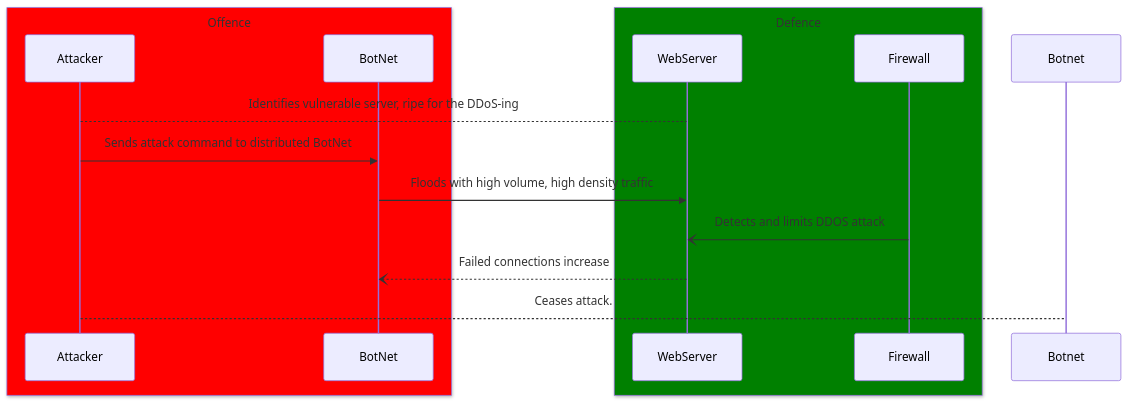
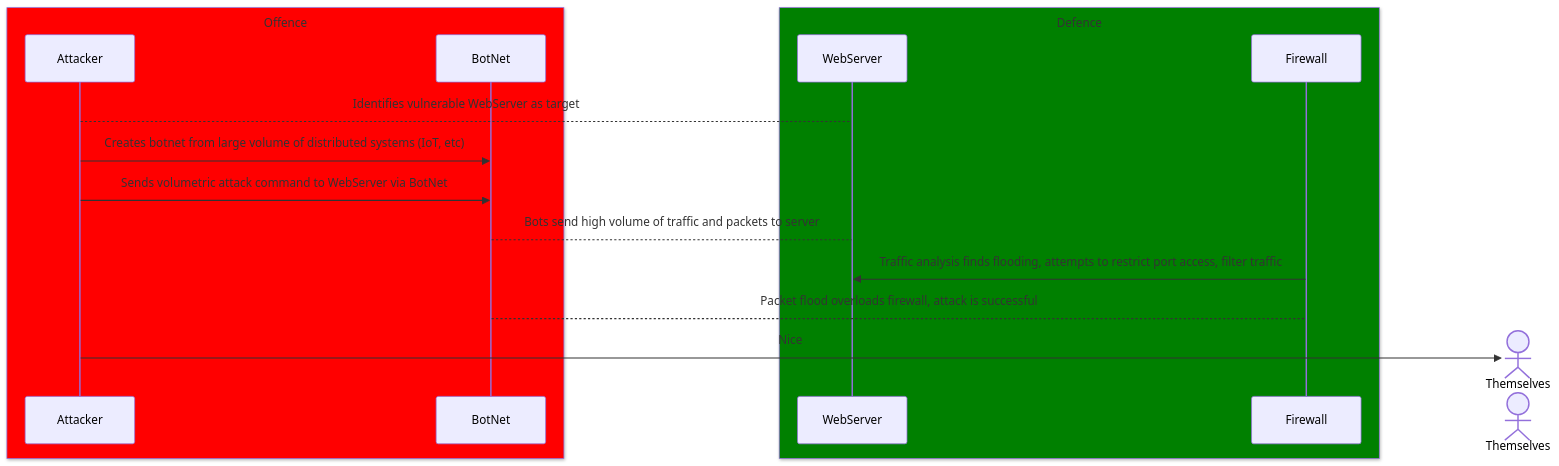
Before and after one commit to PGraggWaketech/DDoS-Mermaid-Project-PaytonG: the diagram in DDoS_Attack_Sequence.md, drawn with Mermaid.

Commit message:
Update DDoS_Attack_Sequence completion and markdown

````diff
--- a/DDoS_Attack_Sequence.md
+++ b/DDoS_Attack_Sequence.md
@@ -1,18 +1,21 @@
 ```mermaid
 sequenceDiagram
 box Red Offence
 participant Attacker
 participant BotNet
 end
 Box Green Defence
 participant WebServer
 participant Firewall
 end
 
-Attacker-->WebServer: Identifies vulnerable server, ripe for the DDoS-ing
-Attacker->>BotNet: Sends attack command to distributed BotNet
-BotNet->>WebServer: Floods with high volume, high density traffic
-Firewall-)WebServer: Detects and limits DDOS attack
-WebServer--)BotNet: Failed connections increase
-Attacker-->Botnet: Ceases attack.
+Attacker-->WebServer: Identifies vulnerable WebServer as target
+Attacker->>BotNet: Creates botnet from large volume of distributed systems (IoT, etc)
+Attacker->>BotNet: Sends volumetric attack command to WebServer via BotNet
+BotNet-->WebServer: Bots send high volume of traffic and packets to server
+Firewall->>WebServer: Traffic analysis finds flooding, attempts to restrict port access, filter traffic
+BotNet-->Firewall: Packet flood overloads firewall, attack is successful
+create actor Themselves
+Attacker->>Themselves: Nice
+
 ```
````
